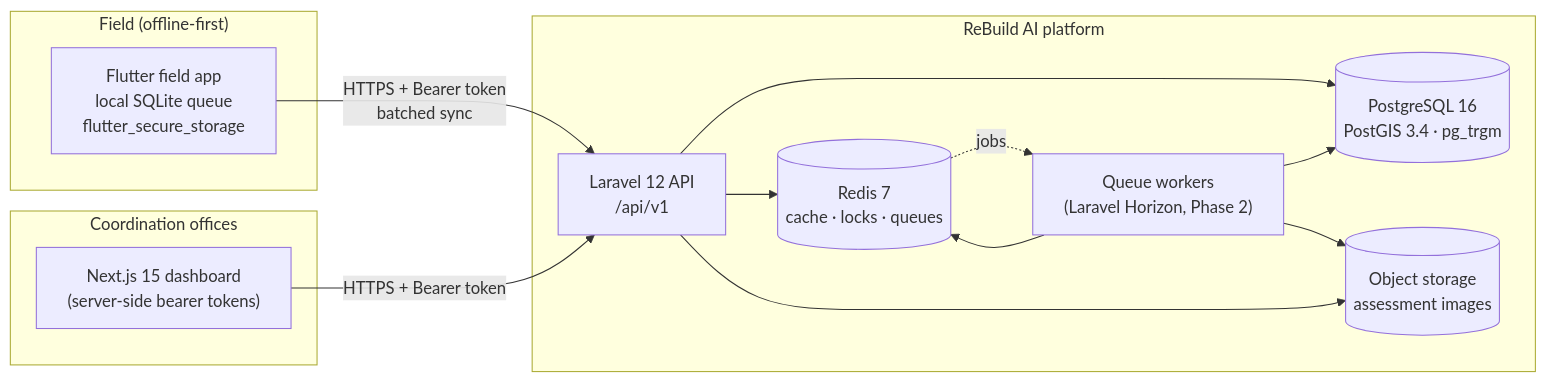
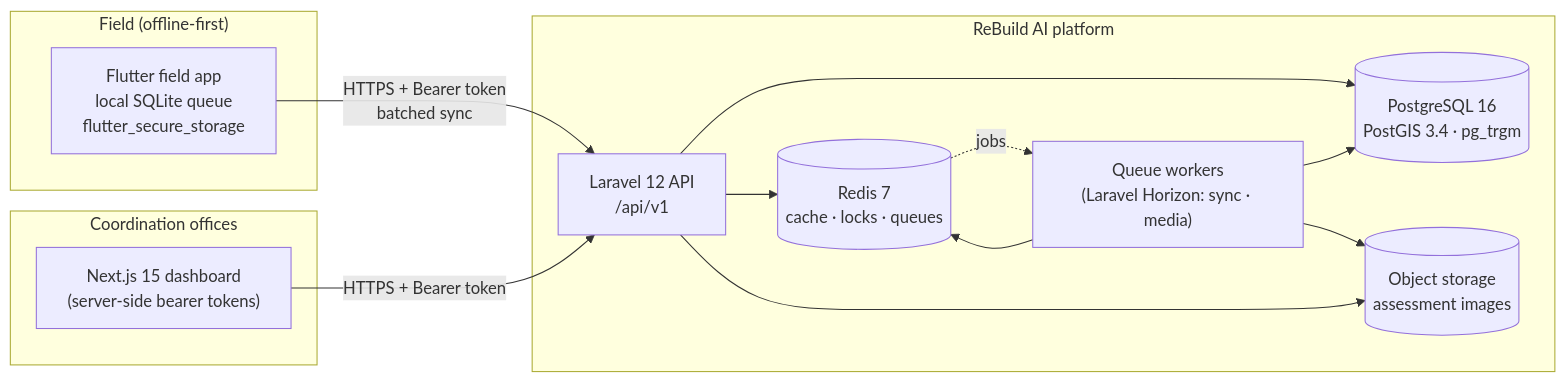
One commit to AlaaMhammad/ReBuild-AI changed the first of 4 diagrams in docs/architecture/system-overview.md. Above: the diagram before and after it, drawn with Mermaid. The commit also changed other lines of this file and 40 other files, not shown here.

````diff
--- a/docs/architecture/system-overview.md
+++ b/docs/architecture/system-overview.md
@@ -25,28 +25,28 @@
 ```mermaid
 flowchart LR
     subgraph Field["Field (offline-first)"]
         FA["Flutter field app<br/>local SQLite queue<br/>flutter_secure_storage"]
     end
 
     subgraph Office["Coordination offices"]
         WEB["Next.js 15 dashboard<br/>(server-side bearer tokens)"]
     end
 
     subgraph Platform["ReBuild AI platform"]
         API["Laravel 12 API<br/>/api/v1"]
-        Q["Queue workers<br/>(Laravel Horizon, Phase 2)"]
+        Q["Queue workers<br/>(Laravel Horizon: sync · media)"]
         PG[("PostgreSQL 16<br/>PostGIS 3.4 · pg_trgm")]
         R[("Redis 7<br/>cache · locks · queues")]
         S3[("Object storage<br/>assessment images")]
     end
 
     FA -- "HTTPS + Bearer token<br/>batched sync" --> API
     WEB -- "HTTPS + Bearer token" --> API
     API --> PG
     API --> R
     API --> S3
     Q --> PG
     Q --> R
     Q --> S3
     R -. "jobs" .-> Q
 ```
````
